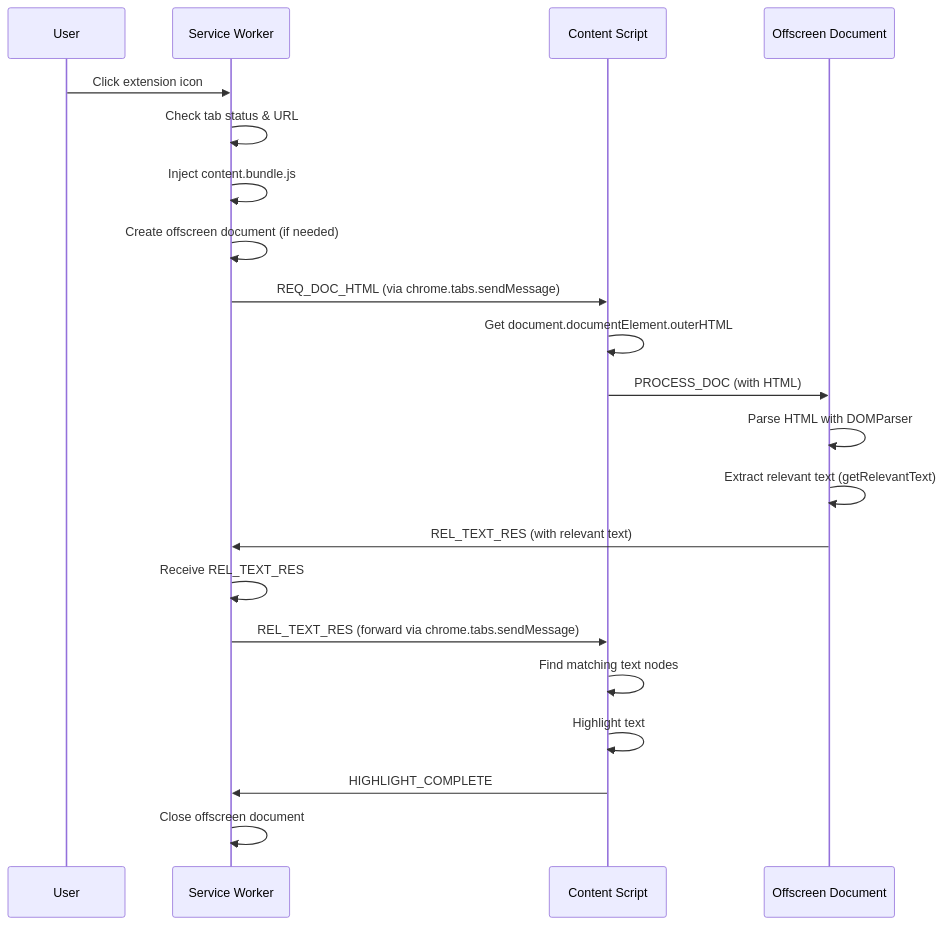
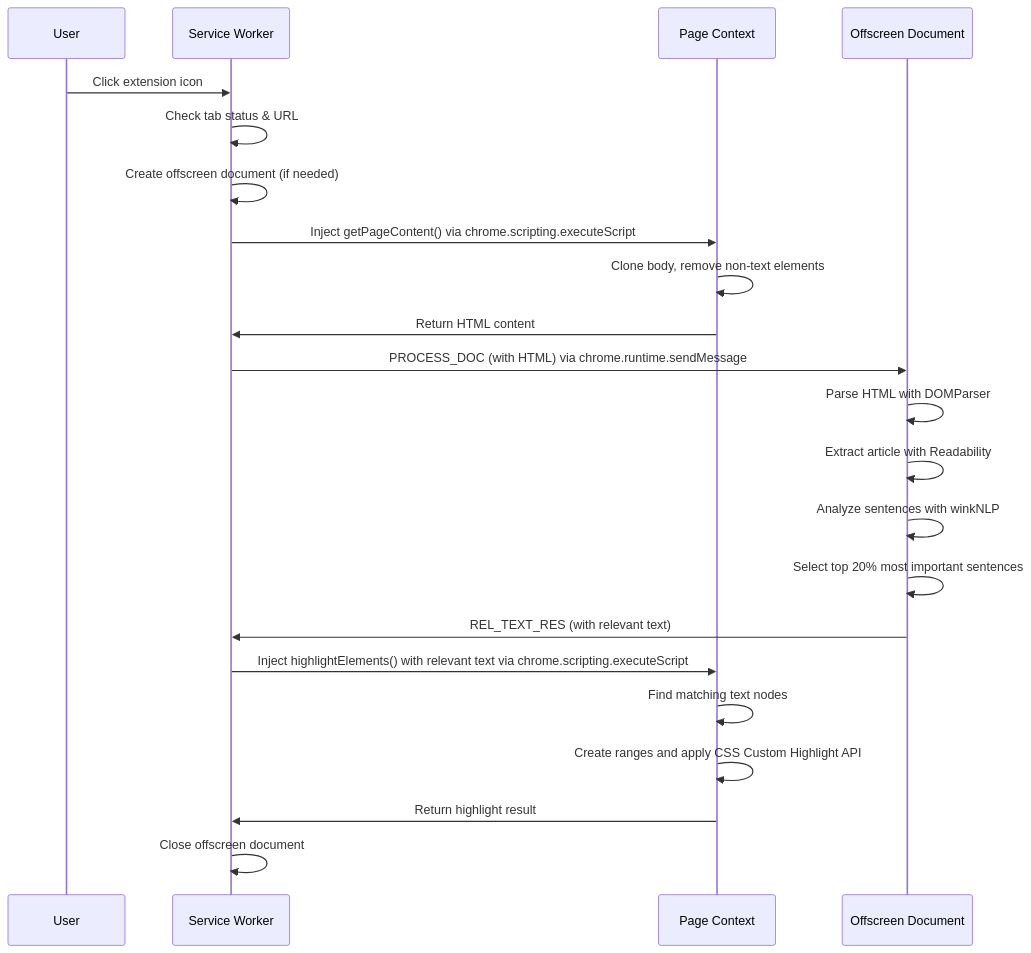
Before and after one commit to GhCristea/page-highlight: the diagram in README.md, drawn with Mermaid. The commit also changed other lines of this file, not shown here.

Commit message:
docs(README): update extension description and improve installation instructions

````diff
--- a/README.md
+++ b/README.md
@@ -16,30 +16,29 @@
 ```mermaid
 sequenceDiagram
     participant User
     participant SW as Service Worker
-    participant CS as Content Script
+    participant Page as Page Context
     participant OD as Offscreen Document
 
     User->>SW: Click extension icon
+    SW->>SW: Check tab status & URL
+    SW->>SW: Create offscreen document (if needed)
 
-    SW->>SW: Check tab status & URL
-    SW->>SW: Inject content.bundle.js
-    SW->>SW: Create offscreen document (if needed)
-    SW->>CS: REQ_DOC_HTML (via chrome.tabs.sendMessage)
+    SW->>Page: Inject getPageContent() via chrome.scripting.executeScript
+    Page->>Page: Clone body, remove non-text elements
+    Page->>SW: Return HTML content
 
-    CS->>CS: Get document.documentElement.outerHTML
-    CS->>OD: PROCESS_DOC (with HTML)
-
+    SW->>OD: PROCESS_DOC (with HTML) via chrome.runtime.sendMessage
     OD->>OD: Parse HTML with DOMParser
-    OD->>OD: Extract relevant text (getRelevantText)
+    OD->>OD: Extract article with Readability
+    OD->>OD: Analyze sentences with winkNLP
+    OD->>OD: Select top 20% most important sentences
     OD->>SW: REL_TEXT_RES (with relevant text)
 
-    SW->>SW: Receive REL_TEXT_RES
-    SW->>CS: REL_TEXT_RES (forward via chrome.tabs.sendMessage)
-
-    CS->>CS: Find matching text nodes
-    CS->>CS: Highlight text
-    CS->>SW: HIGHLIGHT_COMPLETE
+    SW->>Page: Inject highlightElements() with relevant text via chrome.scripting.executeScript
+    Page->>Page: Find matching text nodes
+    Page->>Page: Create ranges and apply CSS Custom Highlight API
+    Page->>SW: Return highlight result
 
     SW->>SW: Close offscreen document
 ```
````
